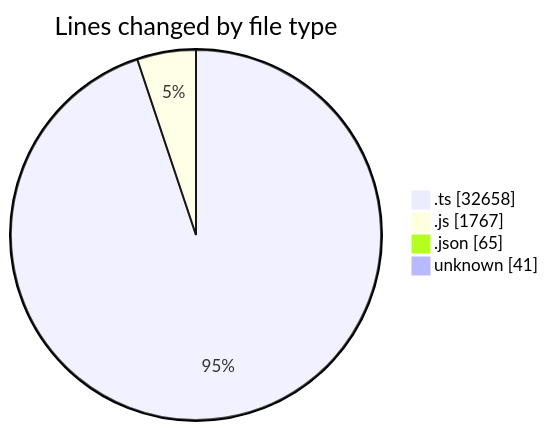
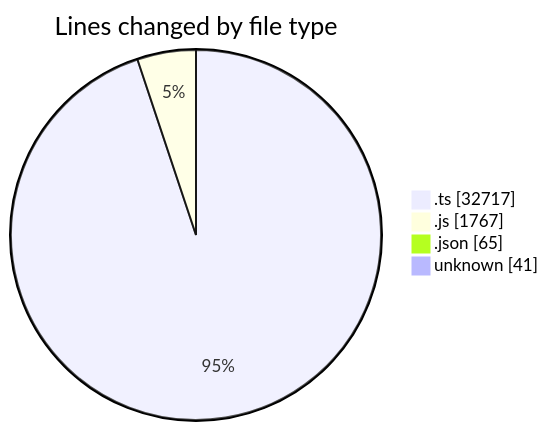
One commit to momahboobian/code-tracking changed the first of 2 diagrams in 2025-07-31/cda/README.md. Above: the diagram before and after it, drawn with Mermaid. The commit also changed other lines of this file and 1 other file, not shown here.

````diff
--- a/2025-07-31/cda/README.md
+++ b/2025-07-31/cda/README.md
@@ -30,8 +30,8 @@
 ```mermaid
 pie showData
 title Lines changed by file type
-".ts" : 32658
+".ts" : 32717
 ".js" : 1767
 ".json" : 65
 "unknown" : 41
 ```
````
